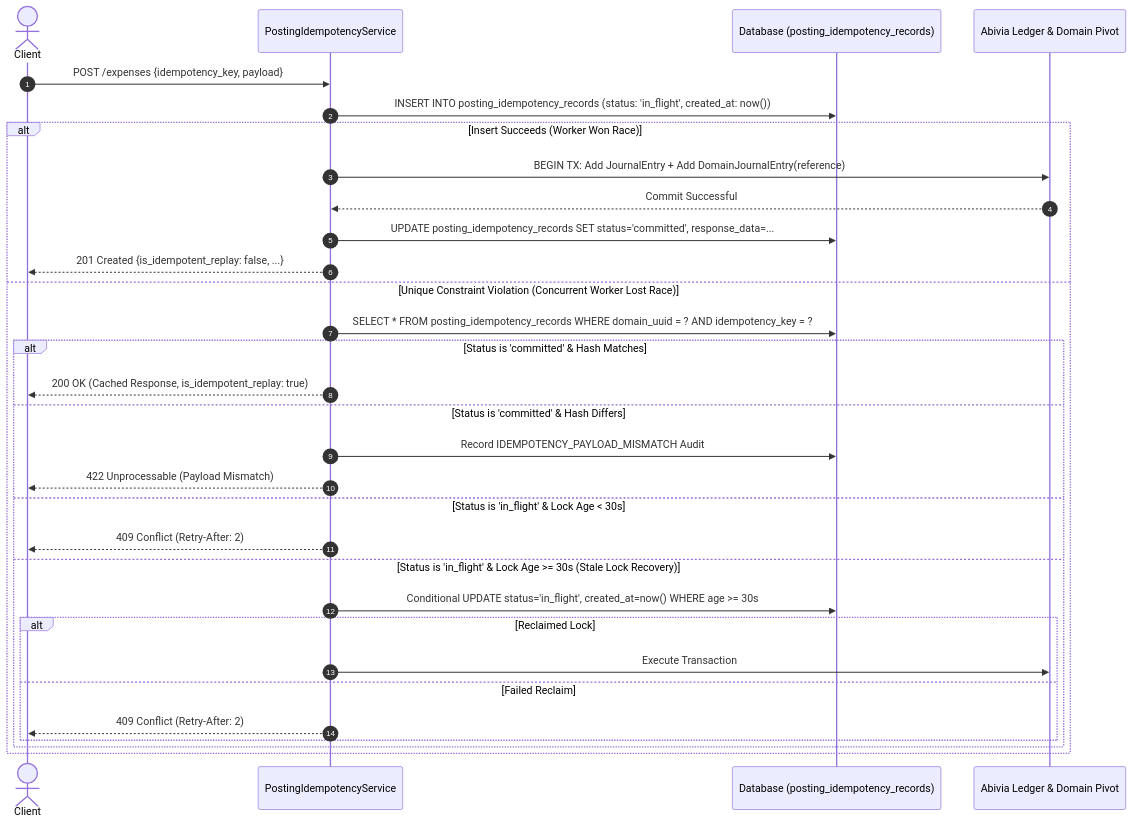
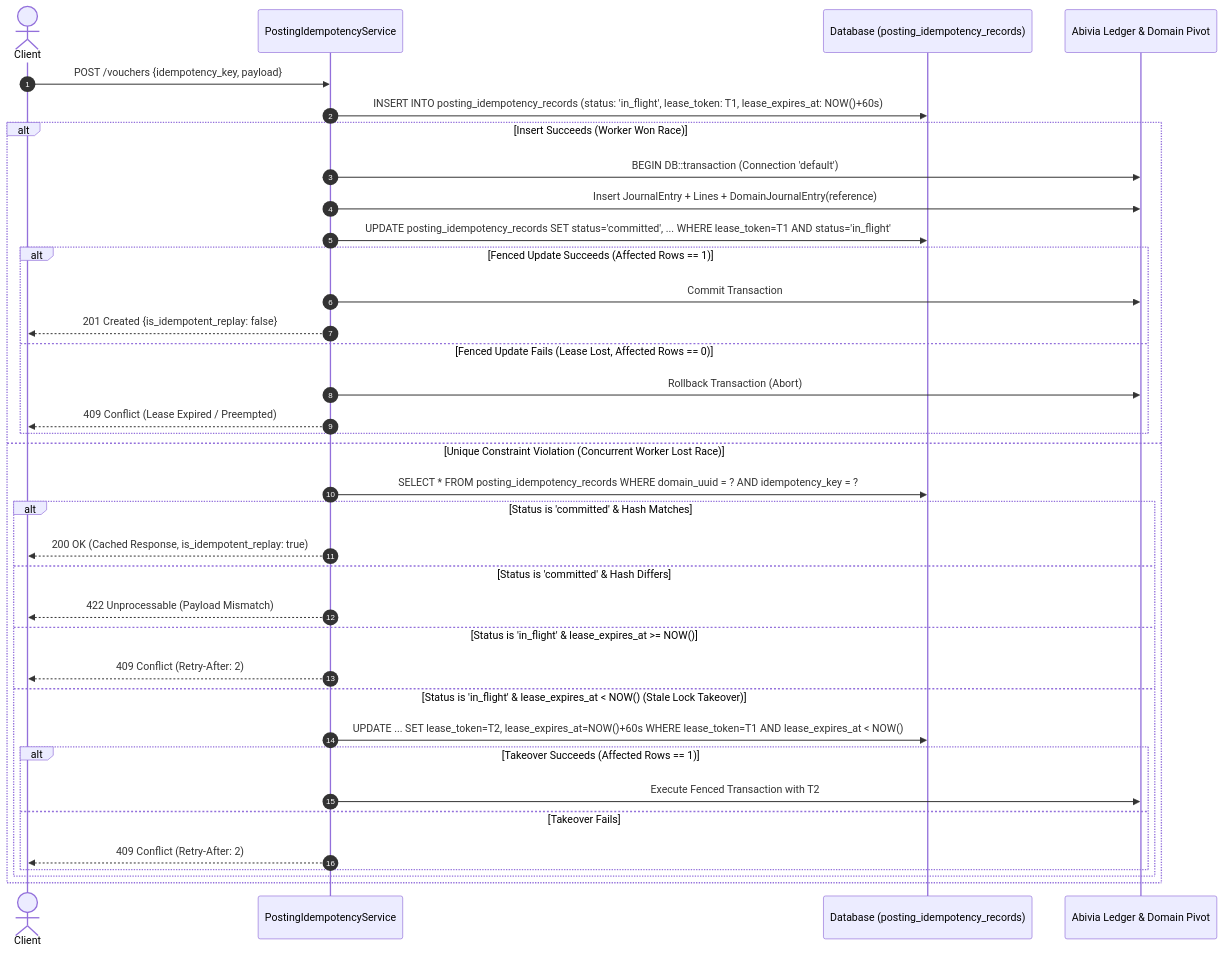
Before and after one commit to AlamiaSoft/AlamiaAccounts: the first of 2 diagrams in docs/adr/ADR-008-durable-posting-identity-and-replay-contract.md, drawn with Mermaid. The commit also changed other lines of this file and 4 other files, not shown here.

````diff
--- a/docs/adr/ADR-008-durable-posting-identity-and-replay-contract.md
+++ b/docs/adr/ADR-008-durable-posting-identity-and-replay-contract.md
@@ -206,34 +230,39 @@
 ```mermaid
 sequenceDiagram
     autonumber
     actor Client
     participant Service as PostingIdempotencyService
     participant DB as Database (posting_idempotency_records)
     participant Ledger as Abivia Ledger & Domain Pivot
 
-    Client->>Service: POST /expenses {idempotency_key, payload}
-    Service->>DB: INSERT INTO posting_idempotency_records (status: 'in_flight', created_at: now())
+    Client->>Service: POST /vouchers {idempotency_key, payload}
+    Service->>DB: INSERT INTO posting_idempotency_records (status: 'in_flight', lease_token: T1, lease_expires_at: NOW()+60s)
     alt Insert Succeeds (Worker Won Race)
-        Service->>Ledger: BEGIN TX: Add JournalEntry + Add DomainJournalEntry(reference)
-        Ledger-->>Service: Commit Successful
-        Service->>DB: UPDATE posting_idempotency_records SET status='committed', response_data=...
-        Service-->>Client: 201 Created {is_idempotent_replay: false, ...}
+        Service->>Ledger: BEGIN DB::transaction (Connection 'default')
+        Service->>Ledger: Insert JournalEntry + Lines + DomainJournalEntry(reference)
+        Service->>DB: UPDATE posting_idempotency_records SET status='committed', ... WHERE lease_token=T1 AND status='in_flight'
+        alt Fenced Update Succeeds (Affected Rows == 1)
+            Service->>Ledger: Commit Transaction
+            Service-->>Client: 201 Created {is_idempotent_replay: false}
+        else Fenced Update Fails (Lease Lost, Affected Rows == 0)
+            Service->>Ledger: Rollback Transaction (Abort)
+            Service-->>Client: 409 Conflict (Lease Expired / Preempted)
+        end
     else Unique Constraint Violation (Concurrent Worker Lost Race)
         Service->>DB: SELECT * FROM posting_idempotency_records WHERE domain_uuid = ? AND idempotency_key = ?
         alt Status is 'committed' & Hash Matches
             Service-->>Client: 200 OK (Cached Response, is_idempotent_replay: true)
         else Status is 'committed' & Hash Differs
-            Service->>DB: Record IDEMPOTENCY_PAYLOAD_MISMATCH Audit
             Service-->>Client: 422 Unprocessable (Payload Mismatch)
-        else Status is 'in_flight' & Lock Age < 30s
+        else Status is 'in_flight' & lease_expires_at >= NOW()
             Service-->>Client: 409 Conflict (Retry-After: 2)
-        else Status is 'in_flight' & Lock Age >= 30s (Stale Lock Recovery)
-            Service->>DB: Conditional UPDATE status='in_flight', created_at=now() WHERE age >= 30s
-            alt Reclaimed Lock
-                Service->>Ledger: Execute Transaction
-            else Failed Reclaim
+        else Status is 'in_flight' & lease_expires_at < NOW() (Stale Lock Takeover)
+            Service->>DB: UPDATE ... SET lease_token=T2, lease_expires_at=NOW()+60s WHERE lease_token=T1 AND lease_expires_at < NOW()
+            alt Takeover Succeeds (Affected Rows == 1)
+                Service->>Ledger: Execute Fenced Transaction with T2
+            else Takeover Fails
                 Service-->>Client: 409 Conflict (Retry-After: 2)
             end
         end
     end
 ```
````
